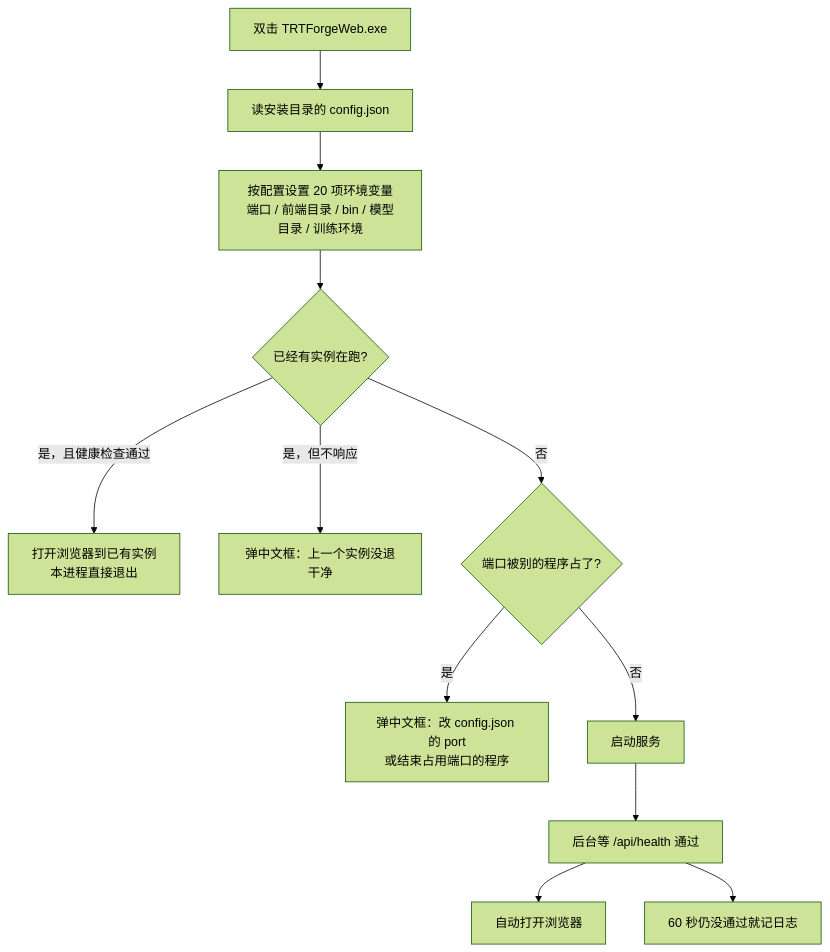
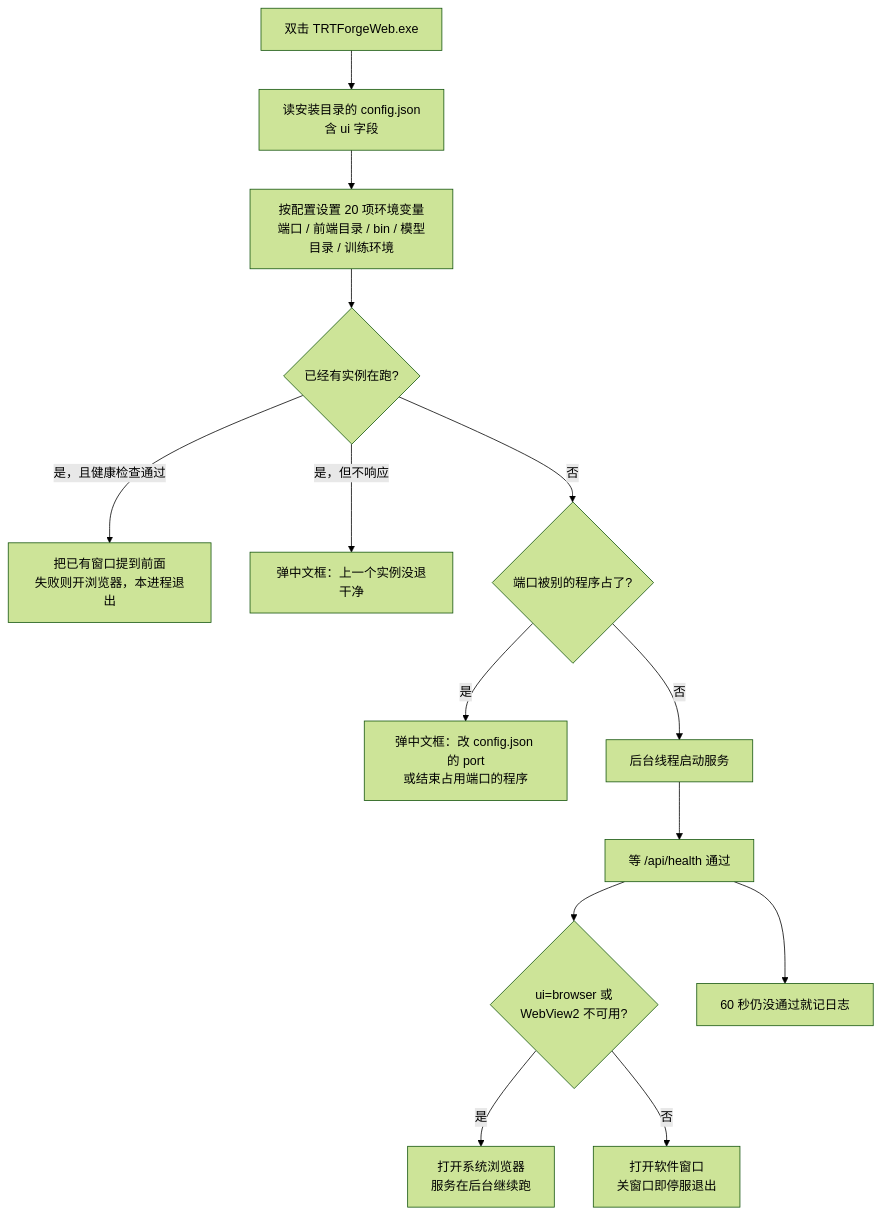
The diagram in docs/启动与排障说明.md (jusitfy0913/dp-tool), drawn with Mermaid (forest theme) before and after one commit. The commit also changed other lines of this file and 186 other files, not shown here.

````diff
--- a/docs/启动与排障说明.md
+++ b/docs/启动与排障说明.md
@@ -34,14 +42,16 @@
 ```mermaid
 flowchart TD
-  A["双击 TRTForgeWeb.exe"] --> B["读安装目录的 config.json"]
+  A["双击 TRTForgeWeb.exe"] --> B["读安装目录的 config.json<br/>含 ui 字段"]
   B --> C["按配置设置 20 项环境变量<br/>端口 / 前端目录 / bin / 模型目录 / 训练环境"]
   C --> D{"已经有实例在跑?"}
-  D -->|是，且健康检查通过| E["打开浏览器到已有实例<br/>本进程直接退出"]
+  D -->|是，且健康检查通过| E["把已有窗口提到前面<br/>失败则开浏览器，本进程退出"]
   D -->|是，但不响应| F["弹中文框：上一个实例没退干净"]
   D -->|否| G{"端口被别的程序占了?"}
   G -->|是| H["弹中文框：改 config.json 的 port<br/>或结束占用端口的程序"]
-  G -->|否| I["启动服务"]
-  I --> J["后台等 /api/health 通过"]
-  J --> K["自动打开浏览器"]
+  G -->|否| I["后台线程启动服务"]
+  I --> J["等 /api/health 通过"]
+  J --> K{"ui=browser 或<br/>WebView2 不可用?"}
+  K -->|是| K1["打开系统浏览器<br/>服务在后台继续跑"]
+  K -->|否| K2["打开软件窗口<br/>关窗口即停服退出"]
   J --> L["60 秒仍没通过就记日志"]
 ```
````
